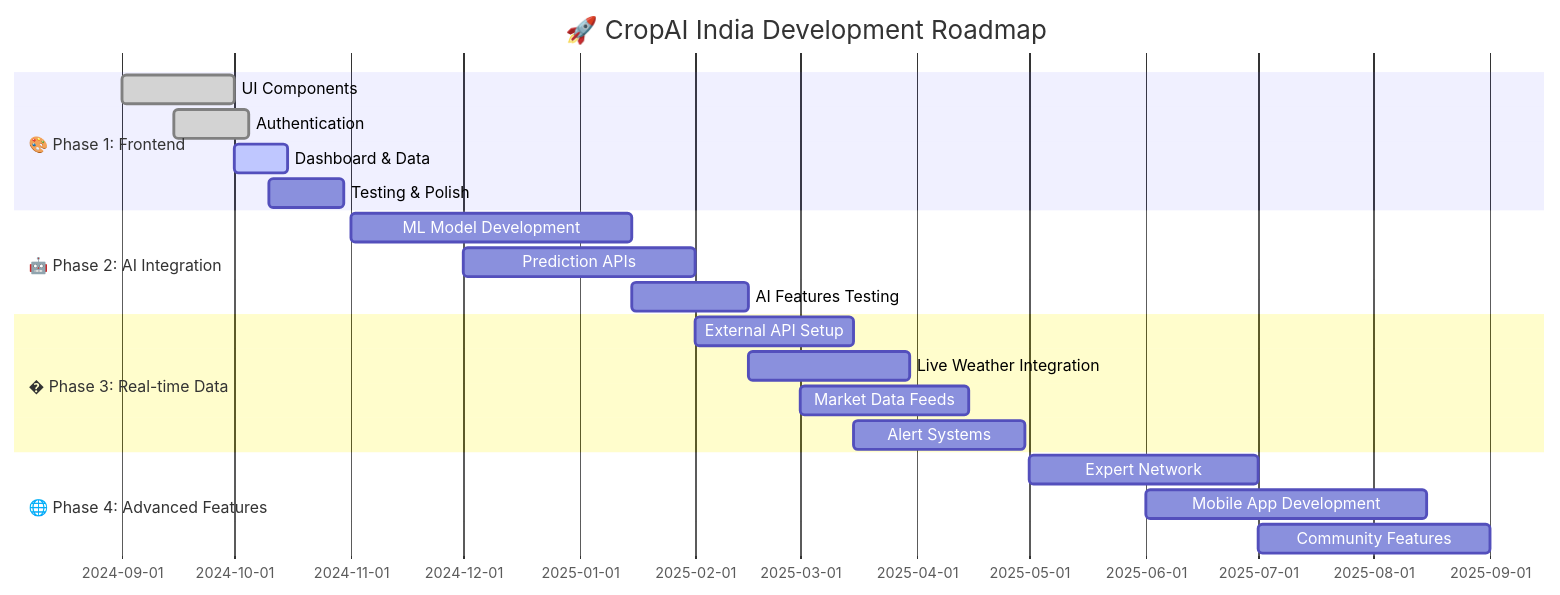
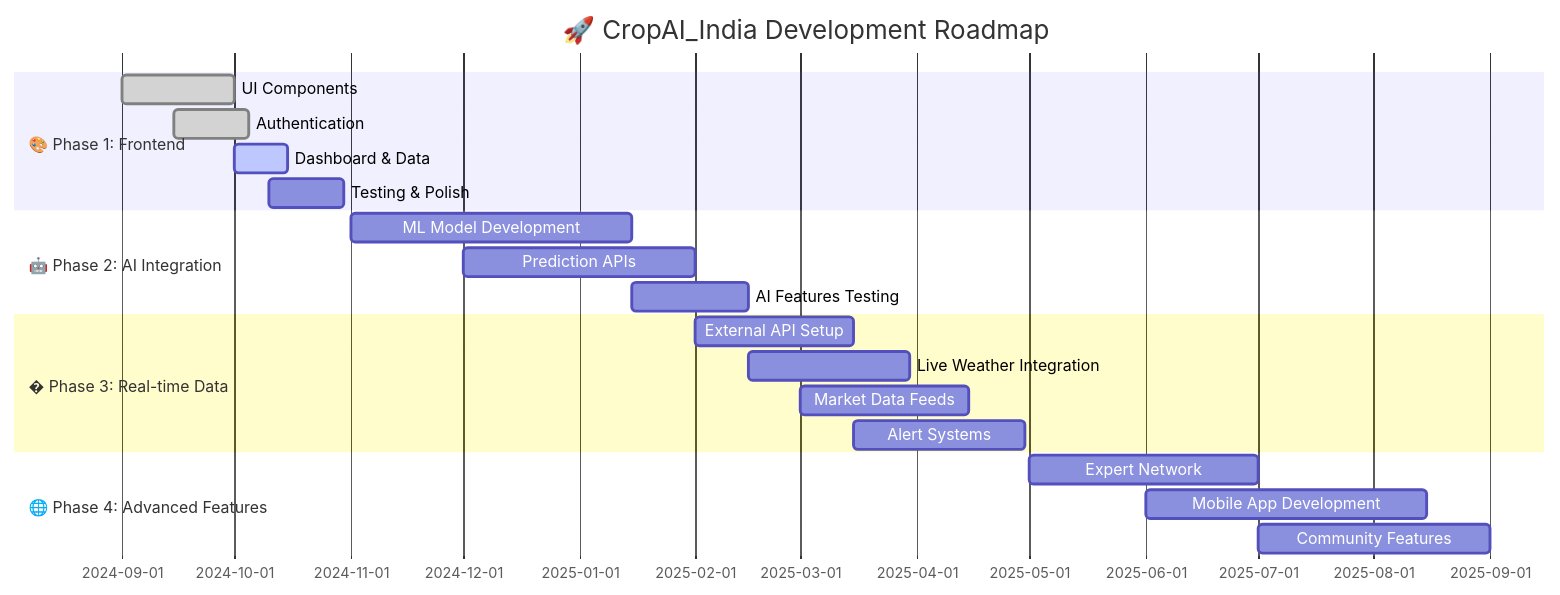
The sixth of 9 diagrams in README.md (KGFCH2/CropAI_India), drawn with Mermaid before and after one commit. The commit also changed other lines of this file, not shown here.

First line of the commit message:
Rename CropAI India to CropAI_India in README

````diff
--- a/README.md
+++ b/README.md
@@ -528,26 +528,26 @@
 ```mermaid
 gantt
-    title 🚀 CropAI India Development Roadmap
+    title 🚀 CropAI_India Development Roadmap
     dateFormat  YYYY-MM-DD
     section 🎨 Phase 1: Frontend
     UI Components          :done, ui, 2024-09-01, 2024-10-01
     Authentication         :done, auth, 2024-09-15, 2024-10-05
     Dashboard & Data       :active, dash, 2024-10-01, 2024-10-15
     Testing & Polish       :test1, 2024-10-10, 2024-10-30
     
     section 🤖 Phase 2: AI Integration
     ML Model Development   :ml, 2024-11-01, 2025-01-15
     Prediction APIs        :api1, 2024-12-01, 2025-02-01
     AI Features Testing    :test2, 2025-01-15, 2025-02-15
     
     section � Phase 3: Real-time Data
     External API Setup     :api2, 2025-02-01, 2025-03-15
     Live Weather Integration :weather, 2025-02-15, 2025-03-30
     Market Data Feeds      :market, 2025-03-01, 2025-04-15
     Alert Systems          :alerts, 2025-03-15, 2025-04-30
     
     section 🌐 Phase 4: Advanced Features
     Expert Network         :expert, 2025-05-01, 2025-07-01
     Mobile App Development :mobile, 2025-06-01, 2025-08-15
     Community Features     :community, 2025-07-01, 2025-09-01
 ```
````
